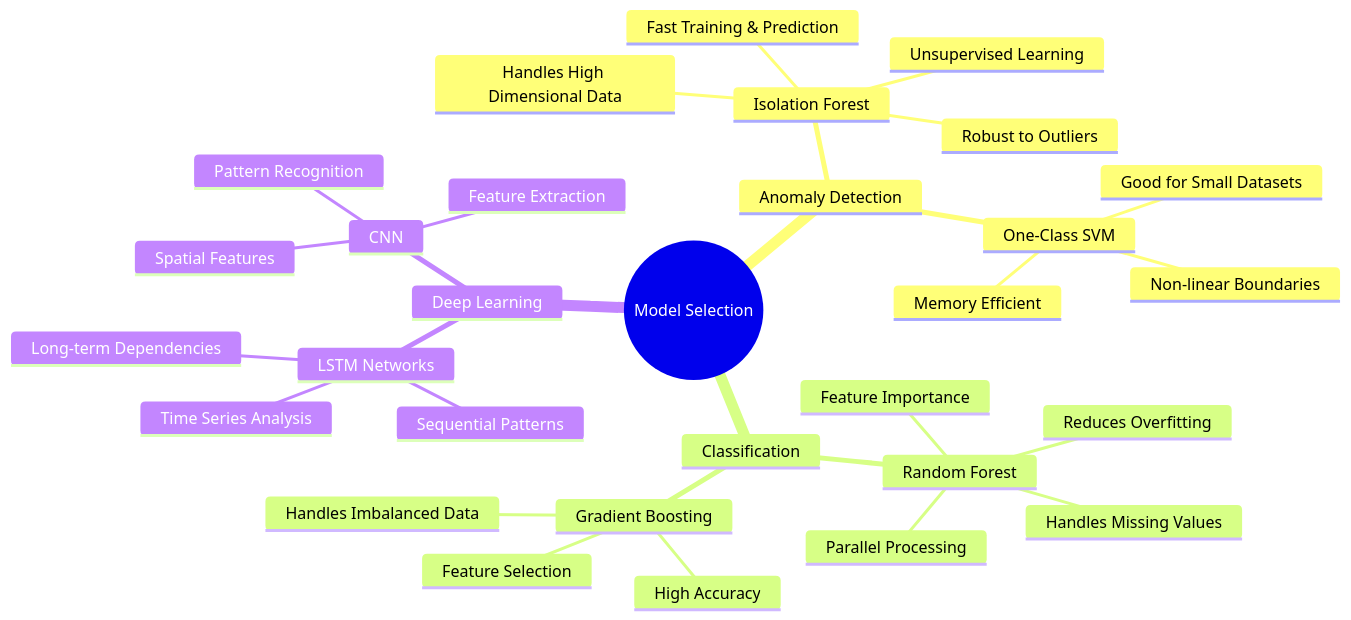
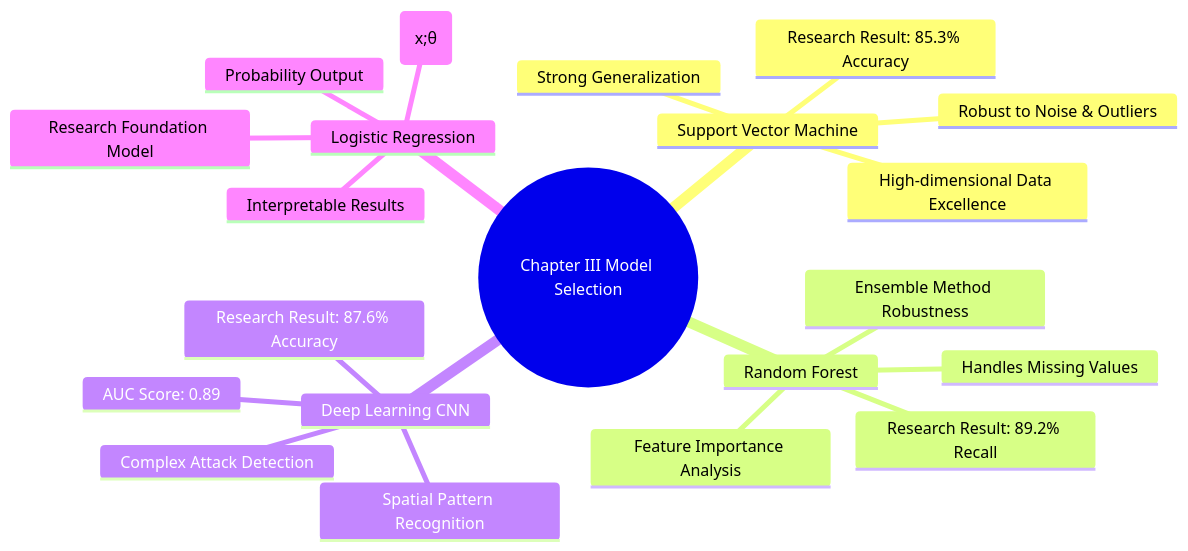
The second of 7 diagrams in MODEL_ANALYSIS.md (nes10r/BigDataProject), drawn with Mermaid before and after one commit. The commit also changed other lines of this file and 1 other file, not shown here.

````diff
--- a/MODEL_ANALYSIS.md
+++ b/MODEL_ANALYSIS.md
@@ -105,33 +202,24 @@
 ```mermaid
 mindmap
-  root((Model Selection))
-    Anomaly Detection
-      Isolation Forest
-        Unsupervised Learning
-        Handles High Dimensional Data
-        Robust to Outliers
-        Fast Training & Prediction
-      One-Class SVM
-        Good for Small Datasets
-        Memory Efficient
-        Non-linear Boundaries
-    Classification
-      Random Forest
-        Feature Importance
-        Handles Missing Values
-        Parallel Processing
-        Reduces Overfitting
-      Gradient Boosting
-        High Accuracy
-        Feature Selection
-        Handles Imbalanced Data
-    Deep Learning
-      LSTM Networks
-        Sequential Patterns
-        Long-term Dependencies
-        Time Series Analysis
-      CNN
-        Spatial Features
-        Pattern Recognition
-        Feature Extraction
+  root((Chapter III Model Selection))
+    Support Vector Machine
+      High-dimensional Data Excellence
+      Robust to Noise & Outliers
+      Strong Generalization
+      Research Result: 85.3% Accuracy
+    Random Forest
+      Feature Importance Analysis
+      Handles Missing Values
+      Ensemble Method Robustness
+      Research Result: 89.2% Recall
+    Deep Learning CNN
+      Spatial Pattern Recognition
+      Complex Attack Detection
+      Research Result: 87.6% Accuracy
+      AUC Score: 0.89
+    Logistic Regression
+      Core Prediction Equation y=f(x;θ)
+      Probability Output
+      Interpretable Results
+      Research Foundation Model
 ```
````
